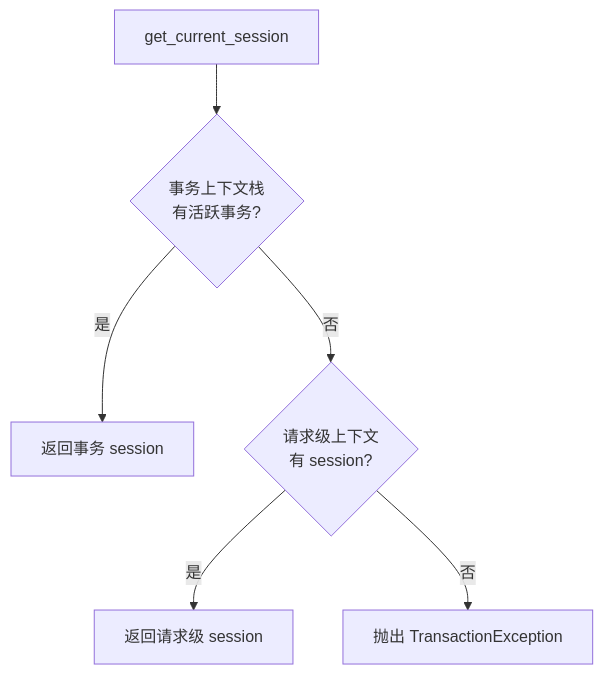
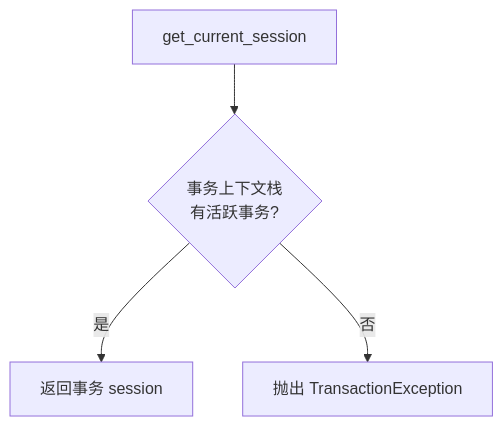
The diagram in docs/infrastructure/注解式事务管理.md (jiangwch03/knowledge), drawn with Mermaid before and after one commit. The commit also changed other lines of this file and 75 other files, not shown here.

````diff
--- a/docs/infrastructure/注解式事务管理.md
+++ b/docs/infrastructure/注解式事务管理.md
@@ -58,8 +26,6 @@
 ```mermaid
 graph TD
-    Call["get_current_session"] --> Check1{"事务上下文栈<br/>有活跃事务?"}
-    Check1 -->|是| Return1["返回事务 session"]
-    Check1 -->|否| Check2{"请求级上下文<br/>有 session?"}
-    Check2 -->|是| Return2["返回请求级 session"]
-    Check2 -->|否| Raise["抛出 TransactionException"]
+    Call["get_current_session"] --> Check{"事务上下文栈<br/>有活跃事务?"}
+    Check -->|是| Return["返回事务 session"]
+    Check -->|否| Raise["抛出 TransactionException"]
 ```
````
